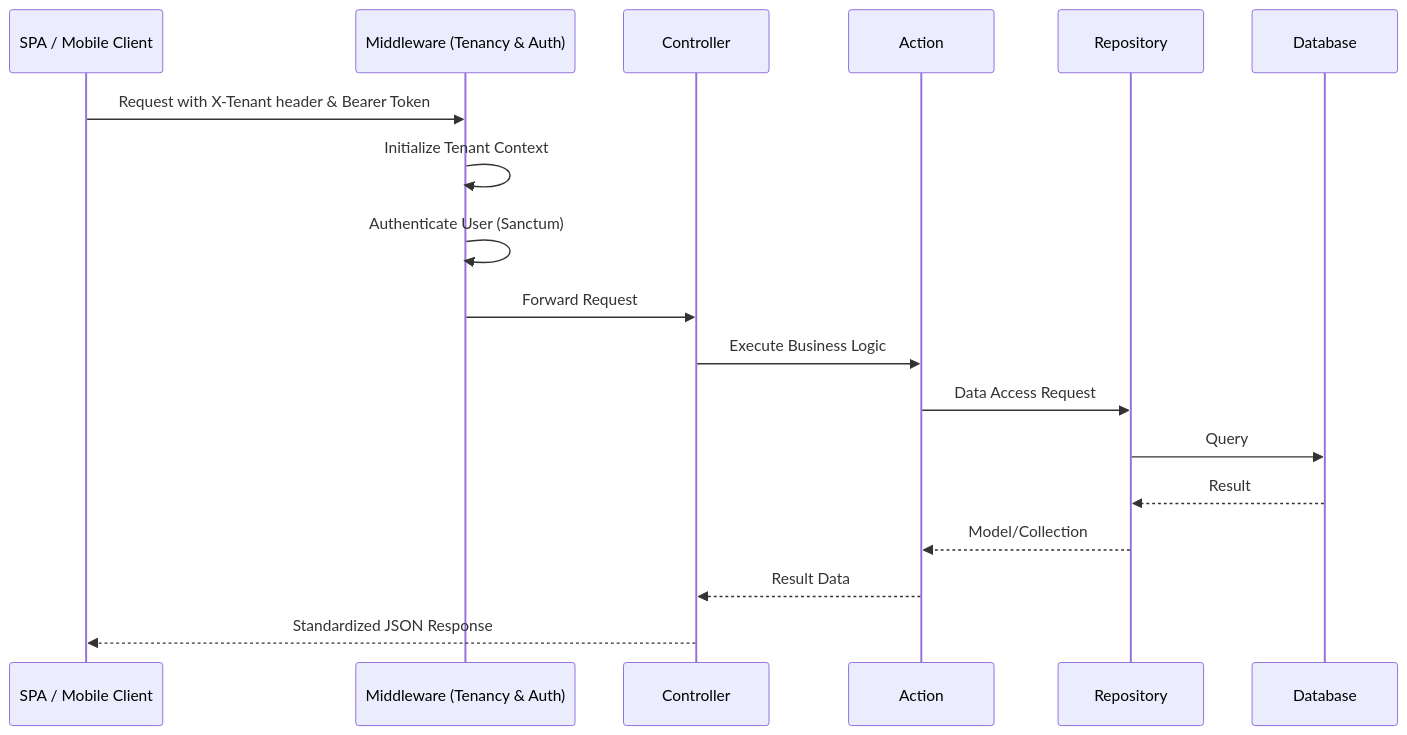
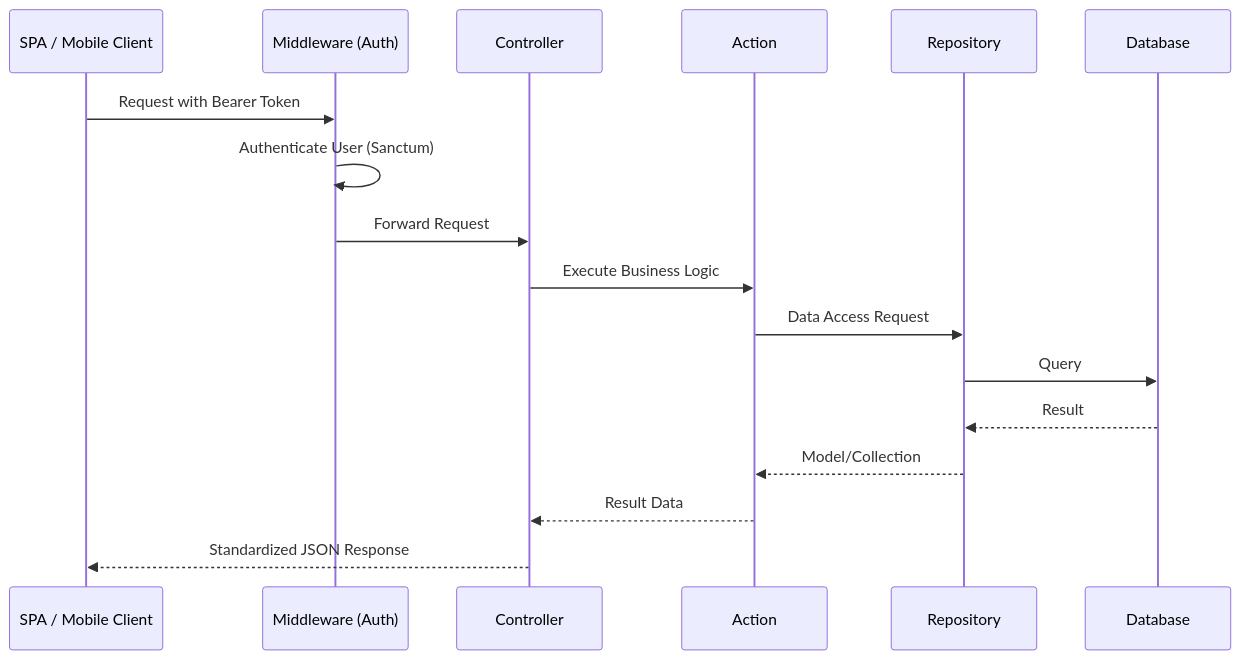
The diagram in docs/architecture.md (thomiOmi/laravel-starterkit-api), drawn with Mermaid before and after one commit. The commit also changed other lines of this file and 86 other files, not shown here.

````diff
--- a/docs/architecture.md
+++ b/docs/architecture.md
@@ -9,21 +9,20 @@
 ```mermaid
 sequenceDiagram
     participant Client as SPA / Mobile Client
-    participant Middleware as Middleware (Tenancy & Auth)
+    participant Middleware as Middleware (Auth)
     participant Controller as Controller
     participant Action as Action
     participant Repo as Repository
     participant DB as Database
 
-    Client->>Middleware: Request with X-Tenant header & Bearer Token
-    Middleware->>Middleware: Initialize Tenant Context
+    Client->>Middleware: Request with Bearer Token
     Middleware->>Middleware: Authenticate User (Sanctum)
     Middleware->>Controller: Forward Request
     Controller->>Action: Execute Business Logic
     Action->>Repo: Data Access Request
     Repo->>DB: Query
     DB-->>Repo: Result
     Repo-->>Action: Model/Collection
     Action-->>Controller: Result Data
     Controller-->>Client: Standardized JSON Response
 ```
````
